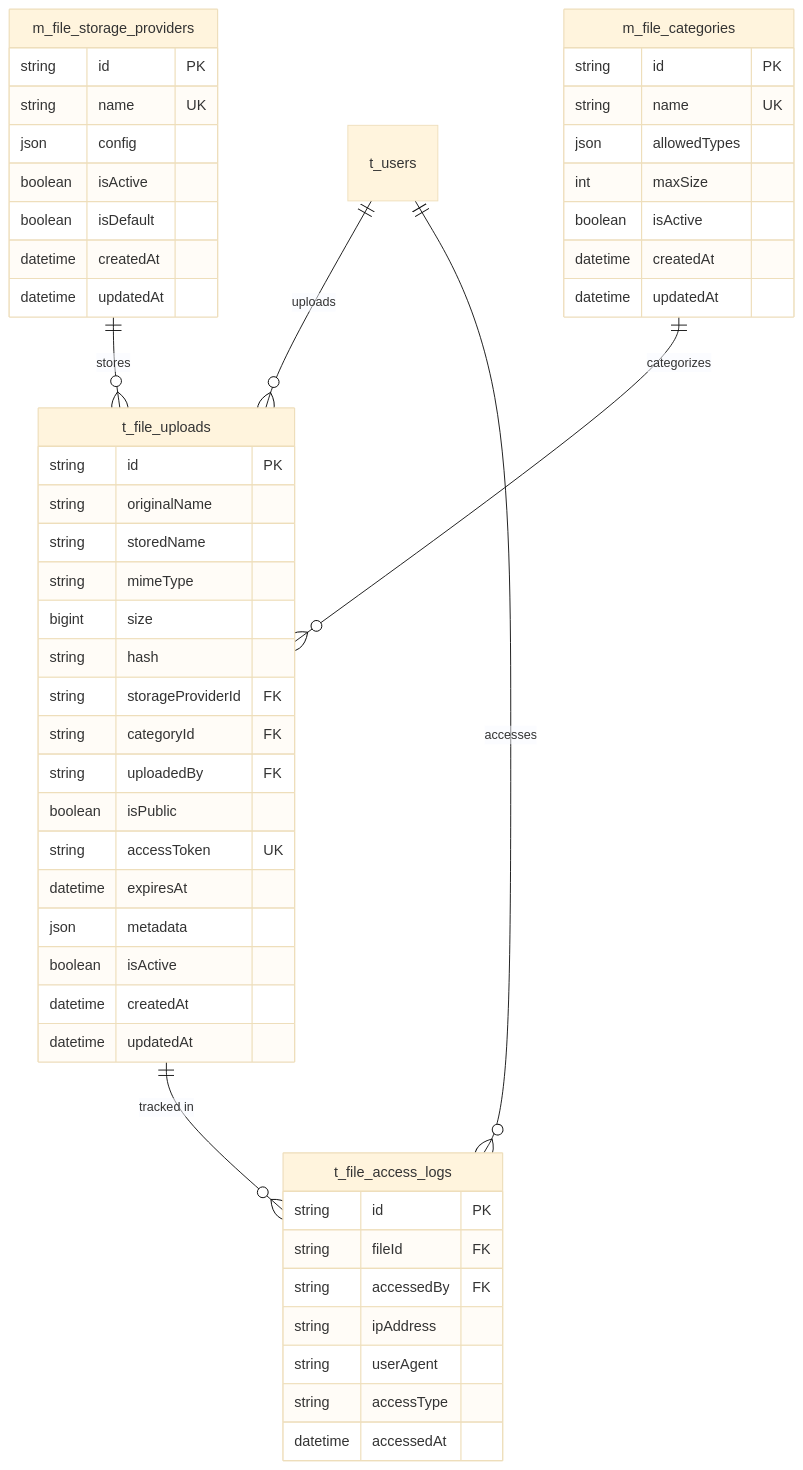
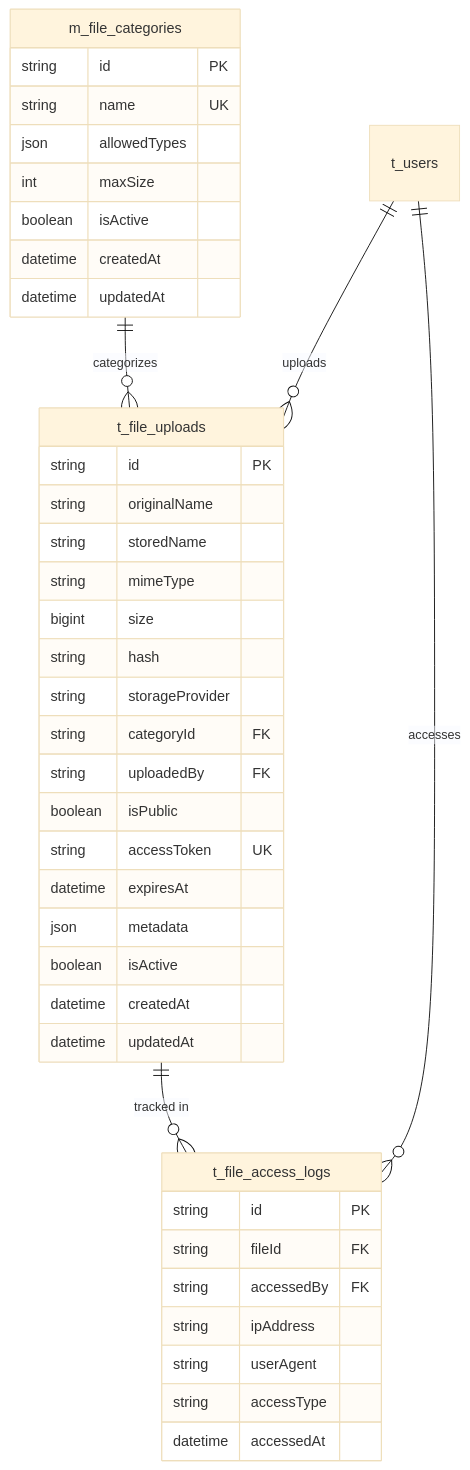
Before and after one commit to malemalice/burangrang-admin-panel: the diagram in backend/src/modules/uploads/erd-upload.md, drawn with Mermaid (base theme). The commit also changed other lines of this file and 23 other files, not shown here.

````diff
--- a/backend/src/modules/uploads/erd-upload.md
+++ b/backend/src/modules/uploads/erd-upload.md
@@ -66,60 +56,48 @@
 ```mermaid
 erDiagram
-    %% Master Data Tables
-    m_file_storage_providers {
-        string id PK
-        string name UK
-        json config
-        boolean isActive
-        boolean isDefault
-        datetime createdAt
-        datetime updatedAt
-    }
-
     m_file_categories {
         string id PK
         string name UK
         json allowedTypes
         int maxSize
         boolean isActive
         datetime createdAt
         datetime updatedAt
     }
 
     %% Transactional Data Tables
     t_file_uploads {
         string id PK
         string originalName
         string storedName
         string mimeType
         bigint size
         string hash
-        string storageProviderId FK
+        string storageProvider
         string categoryId FK
         string uploadedBy FK
         boolean isPublic
         string accessToken UK
         datetime expiresAt
         json metadata
         boolean isActive
         datetime createdAt
         datetime updatedAt
     }
 
     t_file_access_logs {
         string id PK
         string fileId FK
         string accessedBy FK
         string ipAddress
         string userAgent
         string accessType
         datetime accessedAt
     }
 
     %% Relationships
-    m_file_storage_providers ||--o{ t_file_uploads : "stores"
     m_file_categories ||--o{ t_file_uploads : "categorizes"
     t_users ||--o{ t_file_uploads : "uploads"
     t_users ||--o{ t_file_access_logs : "accesses"
     t_file_uploads ||--o{ t_file_access_logs : "tracked in"
 ```
````
